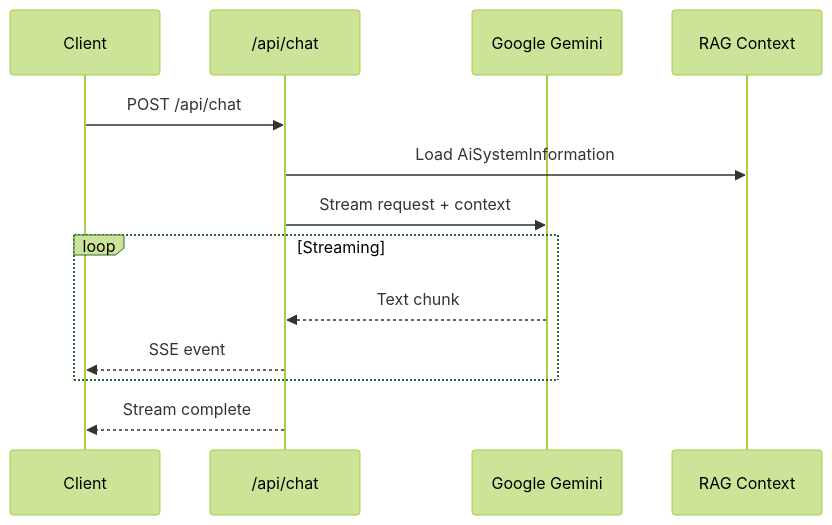
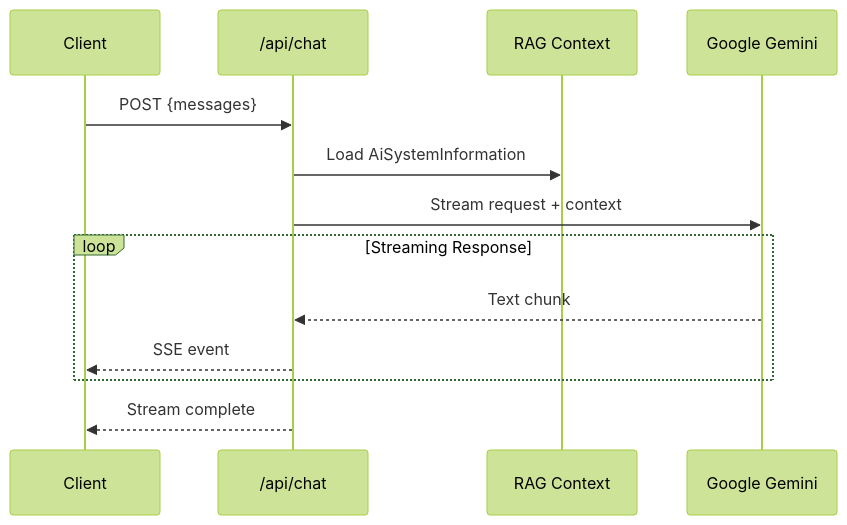
Before and after one commit to thomas-to-bcheme/thomas-to-bcheme: the fourth of 8 diagrams in README.md, drawn with Mermaid (forest theme). The commit also changed other lines of this file, not shown here.

First line of the commit message:
Refactor README with improved Mermaid visualizations

````diff
--- a/README.md
+++ b/README.md
@@ -328,16 +239,16 @@
 ```mermaid
 sequenceDiagram
-    participant Client
-    participant API as /api/chat
-    participant Gemini as Google Gemini
-    participant RAG as RAG Context
+    participant C as Client
+    participant A as /api/chat
+    participant R as RAG Context
+    participant G as Google Gemini
 
-    Client->>API: POST /api/chat
-    API->>RAG: Load AiSystemInformation
-    API->>Gemini: Stream request + context
-    loop Streaming
-        Gemini-->>API: Text chunk
-        API-->>Client: SSE event
+    C->>A: POST {messages}
+    A->>R: Load AiSystemInformation
+    A->>G: Stream request + context
+    loop Streaming Response
+        G-->>A: Text chunk
+        A-->>C: SSE event
     end
-    API-->>Client: Stream complete
+    A-->>C: Stream complete
 ```
````
